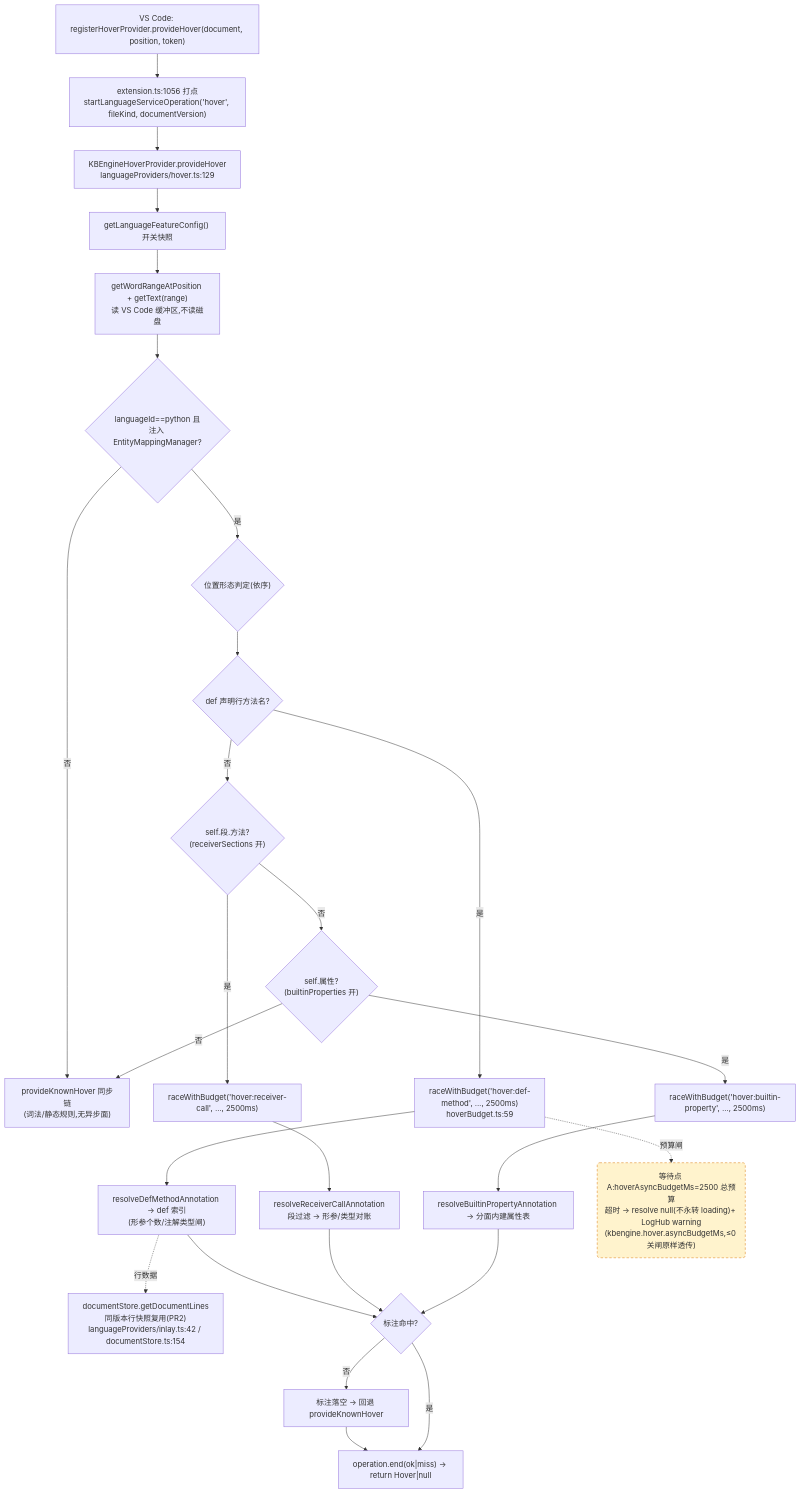
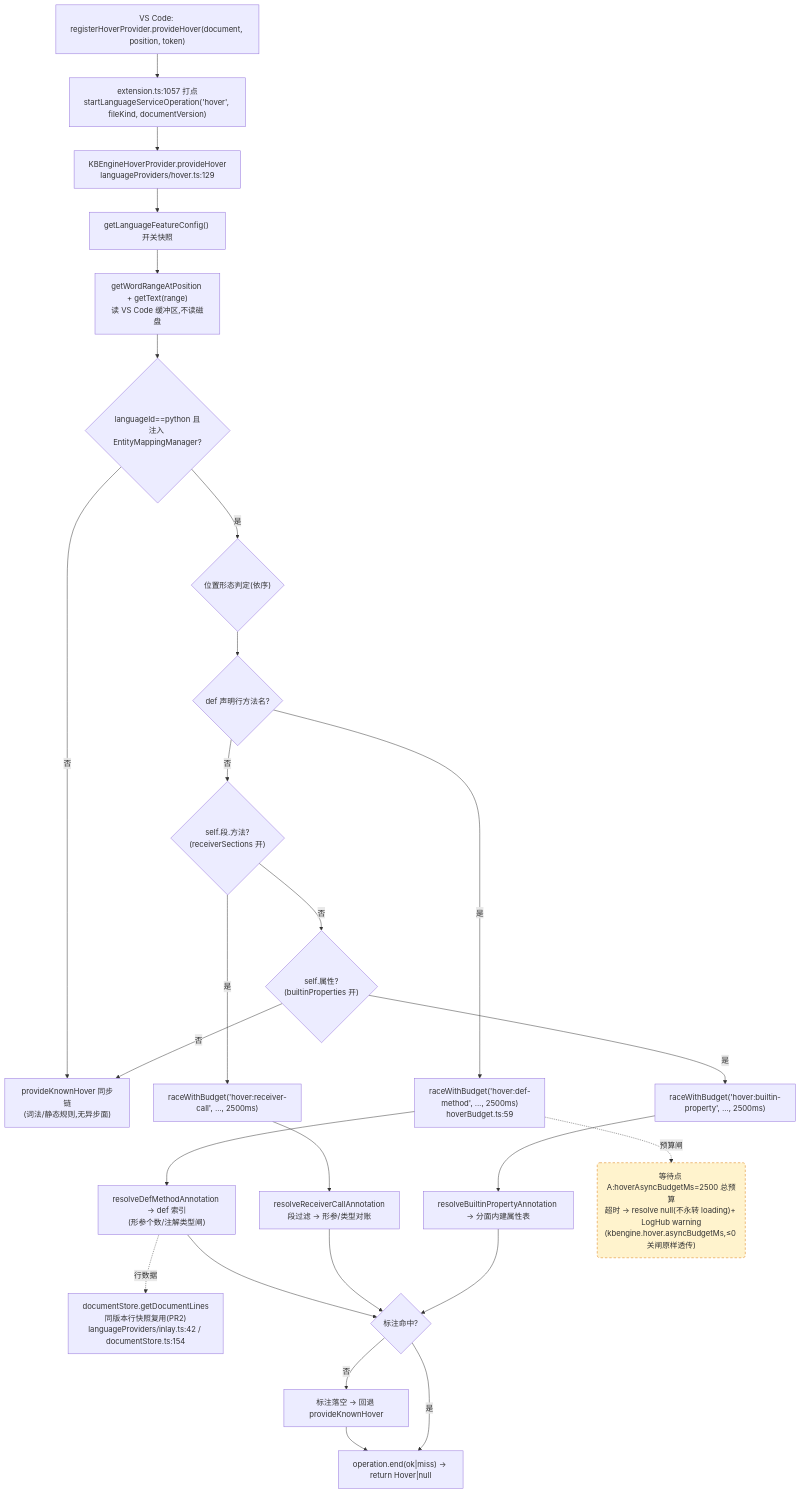
Before and after one commit to cuihairu/kode: the first of 4 diagrams in docs/perf/2026-baseline.md, drawn with Mermaid. The commit also changed other lines of this file and 3 other files, not shown here.

````diff
--- a/docs/perf/2026-baseline.md
+++ b/docs/perf/2026-baseline.md
@@ -82,45 +82,45 @@
 ```mermaid
 flowchart TD
   VC1["VS Code: registerHoverProvider.provideHover(document, position, token)"]
-  M1["extension.ts:1056 打点<br/>startLanguageServiceOperation('hover', fileKind, documentVersion)"]
+  M1["extension.ts:1057 打点<br/>startLanguageServiceOperation('hover', fileKind, documentVersion)"]
   HP["KBEngineHoverProvider.provideHover<br/>languageProviders/hover.ts:129"]
   CFG["getLanguageFeatureConfig() 开关快照"]
   WORD["getWordRangeAtPosition + getText(range)<br/>读 VS Code 缓冲区,不读磁盘"]
   BR{"languageId==python 且<br/>注入 EntityMappingManager?"}
   KN["provideKnownHover 同步链<br/>(词法/静态规则,无异步面)"]
   POS{"位置形态判定(依序)"}
   D1{"def 声明行方法名?"}
   D2{"self.段.方法?<br/>(receiverSections 开)"}
   D3{"self.属性?<br/>(builtinProperties 开)"}
   RA1["raceWithBudget('hover:def-method', …, 2500ms)<br/>hoverBudget.ts:59"]
   RA2["raceWithBudget('hover:receiver-call', …, 2500ms)"]
   RA3["raceWithBudget('hover:builtin-property', …, 2500ms)"]
   RS1["resolveDefMethodAnnotation → def 索引<br/>(形参个数/注解类型闸)"]
   RS2["resolveReceiverCallAnnotation<br/>段过滤 → 形参/类型对账"]
   RS3["resolveBuiltinPropertyAnnotation → 分面内建属性表"]
   LINES["documentStore.getDocumentLines<br/>同版本行快照复用(PR2)<br/>languageProviders/inlay.ts:42 / documentStore.ts:154"]
   MISS["标注落空 → 回退 provideKnownHover"]
   END1["operation.end(ok|miss) → return Hover|null"]
 
   VC1 --> M1 --> HP --> CFG --> WORD --> BR
   BR -- "否" --> KN
   BR -- "是" --> POS --> D1
   D1 -- "是" --> RA1 --> RS1
   D1 -- "否" --> D2
   D2 -- "是" --> RA2 --> RS2
   D2 -- "否" --> D3
   D3 -- "是" --> RA3 --> RS3
   D3 -- "否" --> KN
   RS1 --> HIT{"标注命中?"}
   RS2 --> HIT
   RS3 --> HIT
   RS1 -.->|行数据| LINES
   HIT -- "否" --> MISS --> END1
   HIT -- "是" --> END1
 
   WAITA("等待点 A:hoverAsyncBudgetMs=2500 总预算<br/>超时 → resolve null(不永转 loading)+ LogHub warning<br/>(kbengine.hover.asyncBudgetMs,≤0 关闸原样透传)")
   RA1 -.->|预算闸| WAITA
 
   classDef waitPoint fill:#fff3cd,stroke:#d97706,stroke-dasharray:5 4;
   class WAITA waitPoint;
 ```
````
